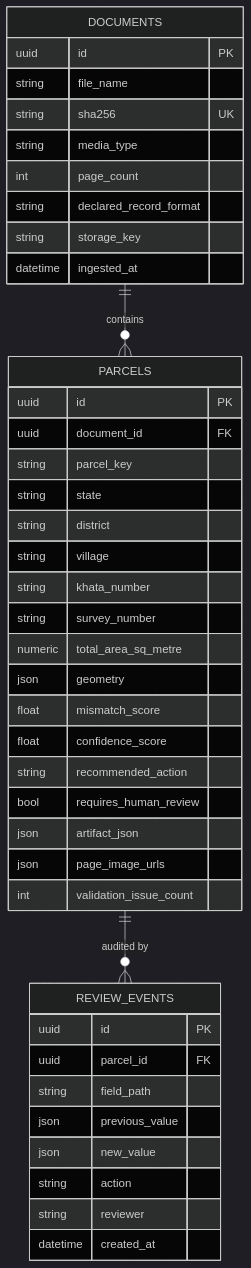
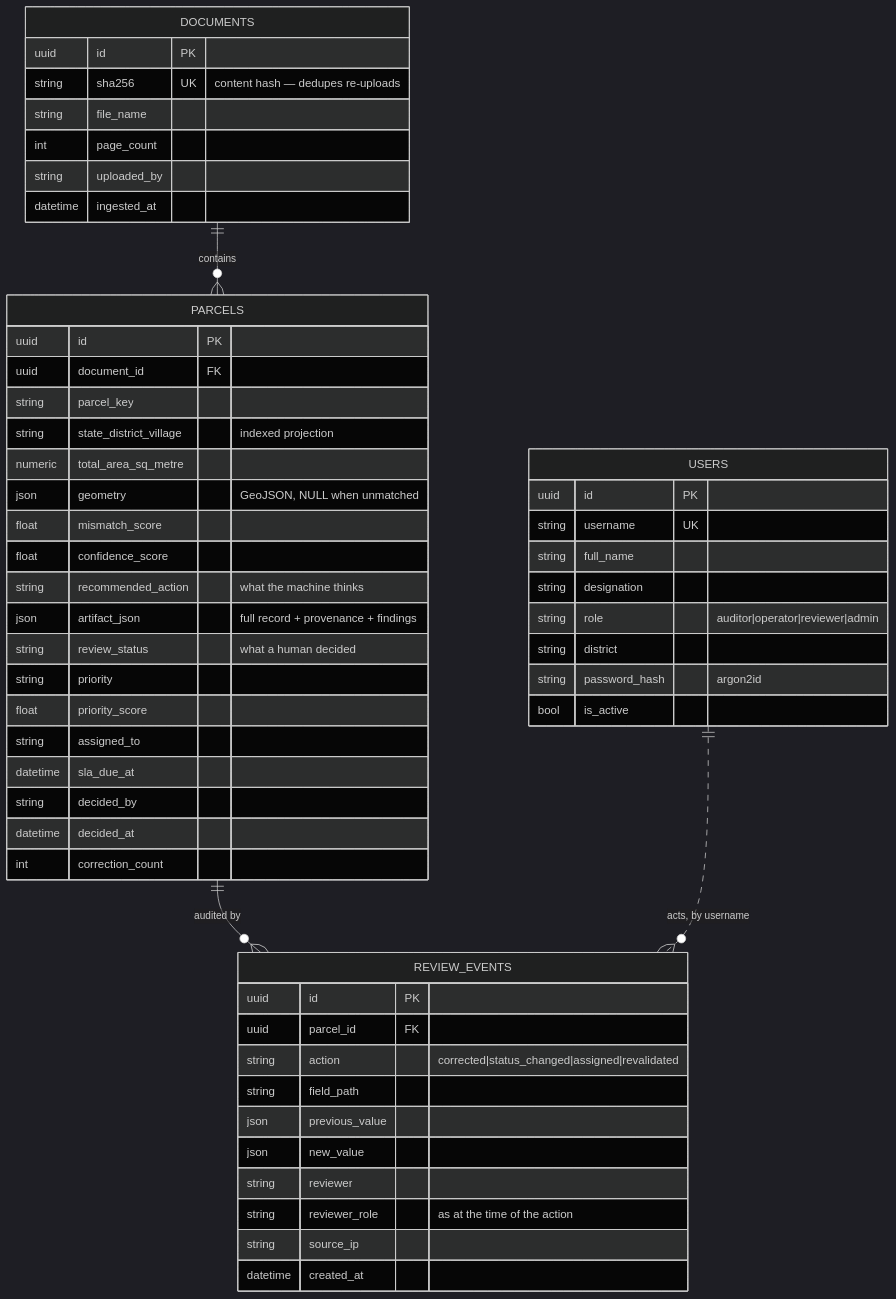
Before and after one commit to SIH-ks/SIH: the fourth of 6 diagrams in ARCHITECTURE.md, drawn with Mermaid (dark theme). The commit also changed other lines of this file and 127 other files, not shown here.

````diff
--- a/ARCHITECTURE.md
+++ b/ARCHITECTURE.md
@@ -129,45 +194,57 @@
 ```mermaid
 erDiagram
     DOCUMENTS ||--o{ PARCELS : contains
     PARCELS ||--o{ REVIEW_EVENTS : "audited by"
+    USERS ||..o{ REVIEW_EVENTS : "acts, by username"
 
     DOCUMENTS {
         uuid id PK
+        string sha256 UK "content hash — dedupes re-uploads"
         string file_name
-        string sha256 UK
-        string media_type
         int page_count
-        string declared_record_format
-        string storage_key
+        string uploaded_by
         datetime ingested_at
     }
     PARCELS {
         uuid id PK
         uuid document_id FK
         string parcel_key
-        string state
-        string district
-        string village
-        string khata_number
-        string survey_number
+        string state_district_village "indexed projection"
         numeric total_area_sq_metre
-        json geometry
+        json geometry "GeoJSON, NULL when unmatched"
         float mismatch_score
         float confidence_score
-        string recommended_action
-        bool requires_human_review
-        json artifact_json
-        json page_image_urls
-        int validation_issue_count
+        string recommended_action "what the machine thinks"
+        json artifact_json "full record + provenance + findings"
+        string review_status "what a human decided"
+        string priority
+        float priority_score
+        string assigned_to
+        datetime sla_due_at
+        string decided_by
+        datetime decided_at
+        int correction_count
     }
     REVIEW_EVENTS {
         uuid id PK
         uuid parcel_id FK
+        string action "corrected|status_changed|assigned|revalidated"
         string field_path
         json previous_value
         json new_value
-        string action
         string reviewer
+        string reviewer_role "as at the time of the action"
+        string source_ip
         datetime created_at
     }
+    USERS {
+        uuid id PK
+        string username UK
+        string full_name
+        string designation
+        string role "auditor|operator|reviewer|admin"
+        string district
+        string password_hash "argon2id"
+        bool is_active
+    }
 ```
````
